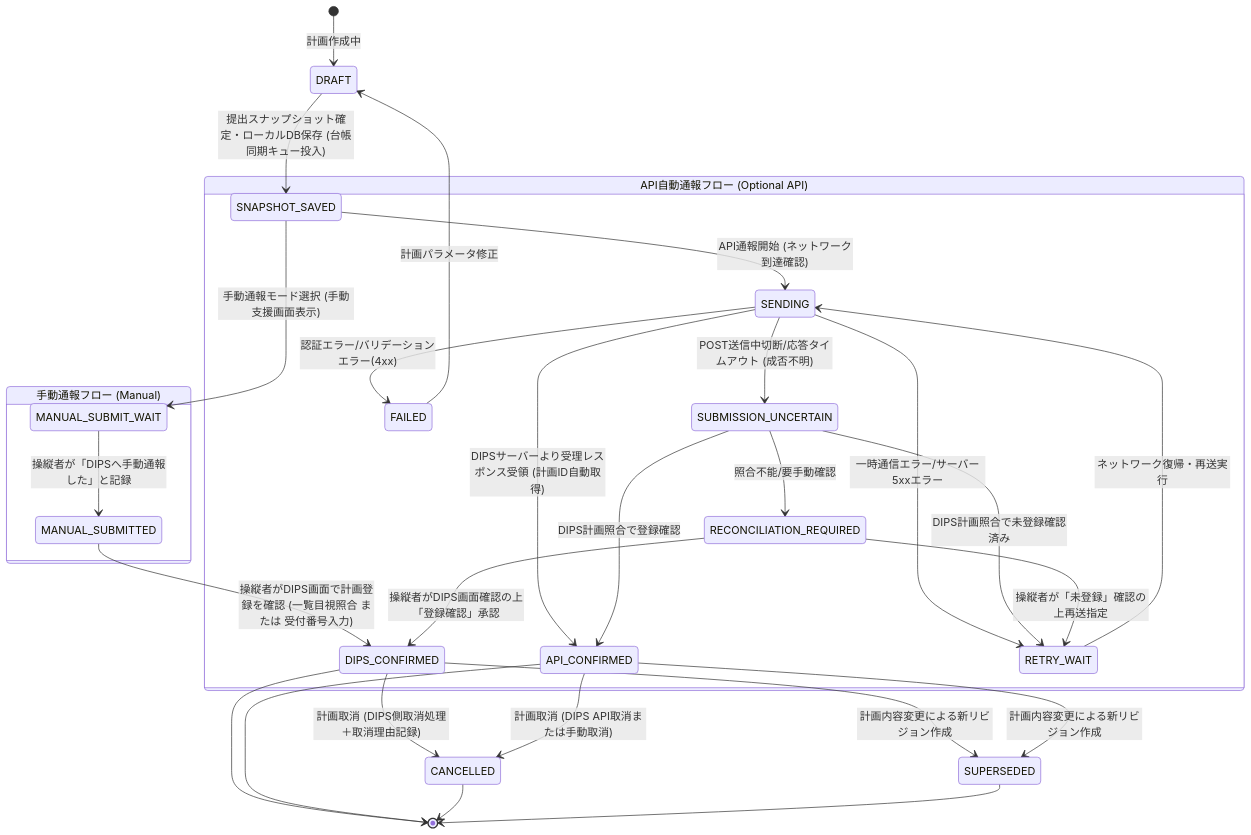
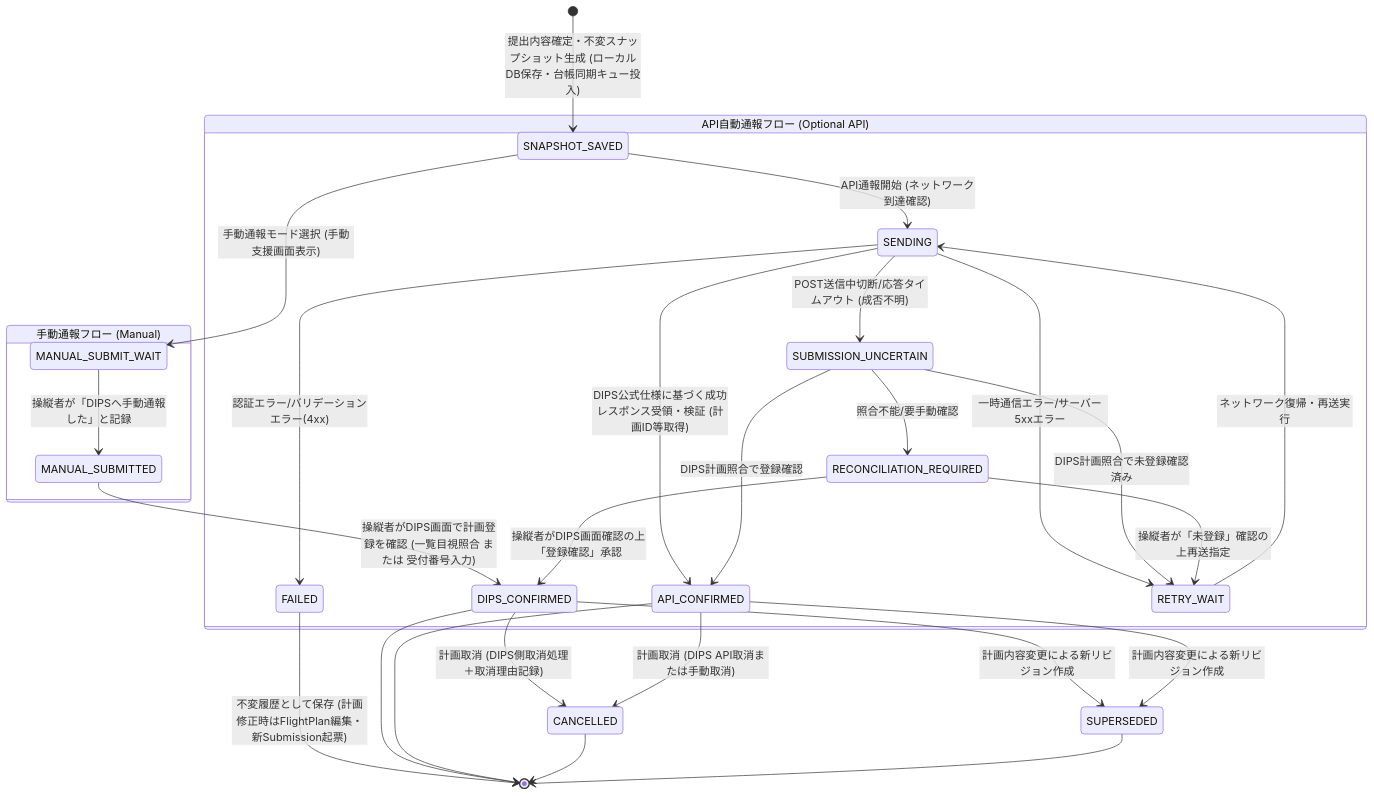
Before and after one commit to ikifuse/drone-flight-ops: the second of 2 diagrams in docs/architecture/13_state-machines.md, drawn with Mermaid. The commit also changed other lines of this file and 4 other files, not shown here.

````diff
--- a/docs/architecture/13_state-machines.md
+++ b/docs/architecture/13_state-machines.md
@@ -91,41 +91,39 @@
 ```mermaid
 stateDiagram-v2
-    [*] --> DRAFT : 計画作成中
-    
-    DRAFT --> SNAPSHOT_SAVED : 提出スナップショット確定・ローカルDB保存 (台帳同期キュー投入)
+    [*] --> SNAPSHOT_SAVED : 提出内容確定・不変スナップショット生成 (ローカルDB保存・台帳同期キュー投入)
     
     state "手動通報フロー (Manual)" as ManualFlow {
         SNAPSHOT_SAVED --> MANUAL_SUBMIT_WAIT : 手動通報モード選択 (手動支援画面表示)
         MANUAL_SUBMIT_WAIT --> MANUAL_SUBMITTED : 操縦者が「DIPSへ手動通報した」と記録
         MANUAL_SUBMITTED --> DIPS_CONFIRMED : 操縦者がDIPS画面で計画登録を確認 (一覧目視照合 または 受付番号入力)
     }
     
     state "API自動通報フロー (Optional API)" as ApiFlow {
         SNAPSHOT_SAVED --> SENDING : API通報開始 (ネットワーク到達確認)
-        SENDING --> API_CONFIRMED : DIPSサーバーより受理レスポンス受領 (計画ID自動取得)
+        SENDING --> API_CONFIRMED : DIPS公式仕様に基づく成功レスポンス受領・検証 (計画ID等取得)
         SENDING --> FAILED : 認証エラー/バリデーションエラー(4xx)
         SENDING --> RETRY_WAIT : 一時通信エラー/サーバー5xxエラー
         SENDING --> SUBMISSION_UNCERTAIN : POST送信中切断/応答タイムアウト (成否不明)
         
         SUBMISSION_UNCERTAIN --> API_CONFIRMED : DIPS計画照合で登録確認
         SUBMISSION_UNCERTAIN --> RETRY_WAIT : DIPS計画照合で未登録確認済み
         SUBMISSION_UNCERTAIN --> RECONCILIATION_REQUIRED : 照合不能/要手動確認
         
         RECONCILIATION_REQUIRED --> DIPS_CONFIRMED : 操縦者がDIPS画面確認の上「登録確認」承認
         RECONCILIATION_REQUIRED --> RETRY_WAIT : 操縦者が「未登録」確認の上再送指定
         
         RETRY_WAIT --> SENDING : ネットワーク復帰・再送実行
     }
     
-    FAILED --> DRAFT : 計画パラメータ修正
+    FAILED --> [*] : 不変履歴として保存 (計画修正時はFlightPlan編集・新Submission起票)
     
     DIPS_CONFIRMED --> SUPERSEDED : 計画内容変更による新リビジョン作成
     API_CONFIRMED --> SUPERSEDED : 計画内容変更による新リビジョン作成
     DIPS_CONFIRMED --> CANCELLED : 計画取消 (DIPS側取消処理＋取消理由記録)
     API_CONFIRMED --> CANCELLED : 計画取消 (DIPS API取消または手動取消)
     
     DIPS_CONFIRMED --> [*]
     API_CONFIRMED --> [*]
     CANCELLED --> [*]
     SUPERSEDED --> [*]
 ```
````
